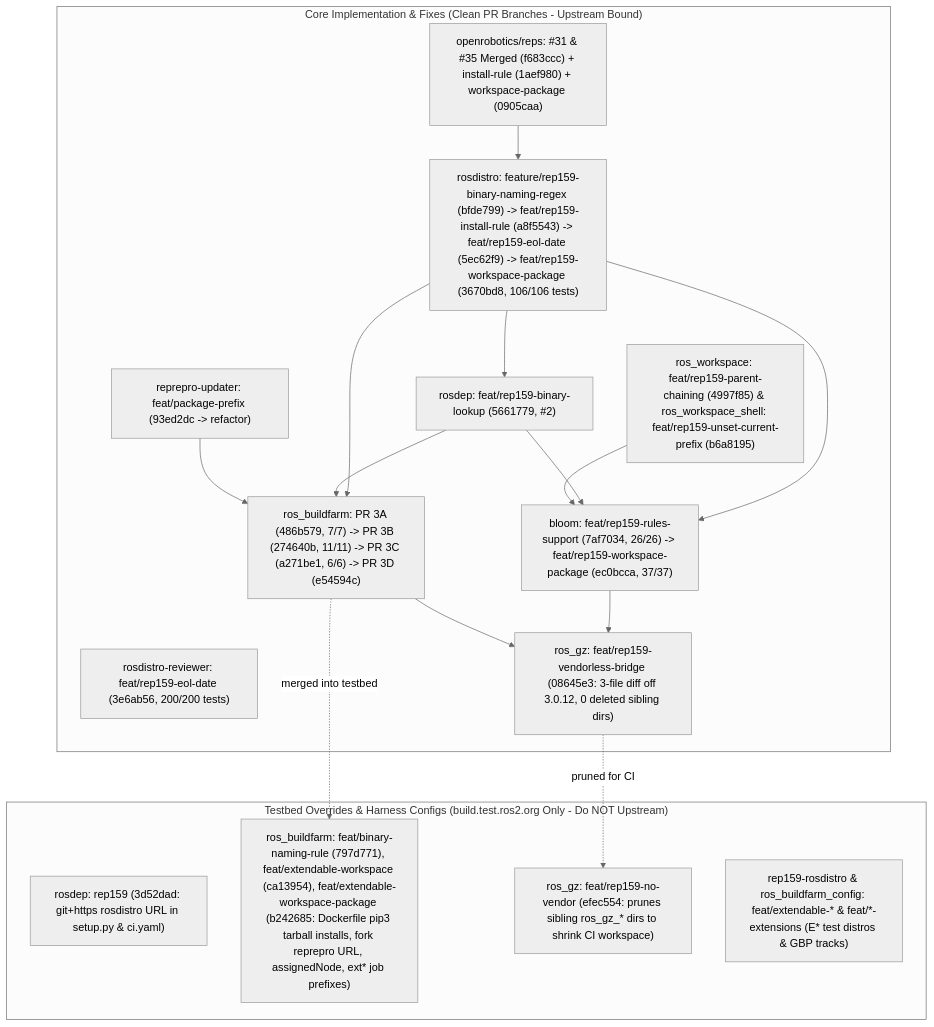
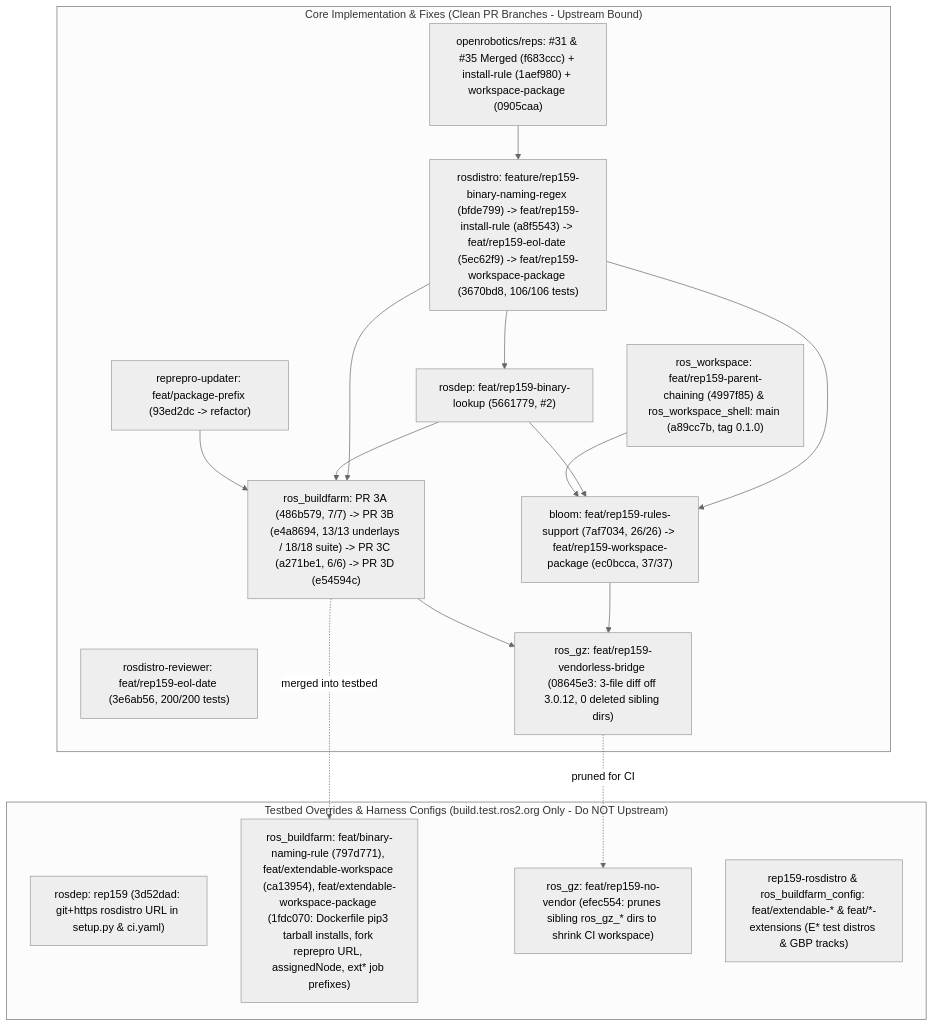
The second of 8 diagrams in TOPOLOGICAL_TESTING_EVIDENCE_GIST.md (KmoM88/rep159-testing), drawn with Mermaid (neutral theme) before and after one commit. The commit also changed other lines of this file and 15 other files, not shown here.

Commit message:
Document review resolutions, switch ros_workspace_shell to main, and checkout Stage 6

````diff
--- a/TOPOLOGICAL_TESTING_EVIDENCE_GIST.md
+++ b/TOPOLOGICAL_TESTING_EVIDENCE_GIST.md
@@ -43,34 +43,34 @@
 ```mermaid
 flowchart TD
     subgraph CorePR ["Core Implementation & Fixes (Clean PR Branches - Upstream Bound)"]
         REPS["openrobotics/reps: #31 & #35 Merged (f683ccc) + install-rule (1aef980) + workspace-package (0905caa)"]
         RD["rosdistro: feature/rep159-binary-naming-regex (bfde799) -> feat/rep159-install-rule (a8f5543) -> feat/rep159-eol-date (5ec62f9) -> feat/rep159-workspace-package (3670bd8, 106/106 tests)"]
         REV["rosdistro-reviewer: feat/rep159-eol-date (3e6ab56, 200/200 tests)"]
         RDEP["rosdep: feat/rep159-binary-lookup (5661779, #2)"]
         REP["reprepro-updater: feat/package-prefix (93ed2dc -> refactor)"]
-        WS["ros_workspace: feat/rep159-parent-chaining (4997f85) & ros_workspace_shell: feat/rep159-unset-current-prefix (b6a8195)"]
+        WS["ros_workspace: feat/rep159-parent-chaining (4997f85) & ros_workspace_shell: main (a89cc7b, tag 0.1.0)"]
         BL["bloom: feat/rep159-rules-support (7af7034, 26/26) -> feat/rep159-workspace-package (ec0bcca, 37/37)"]
-        BF["ros_buildfarm: PR 3A (486b579, 7/7) -> PR 3B (274640b, 11/11) -> PR 3C (a271be1, 6/6) -> PR 3D (e54594c)"]
+        BF["ros_buildfarm: PR 3A (486b579, 7/7) -> PR 3B (e4a8694, 13/13 underlays / 18/18 suite) -> PR 3C (a271be1, 6/6) -> PR 3D (e54594c)"]
         RGZ["ros_gz: feat/rep159-vendorless-bridge (08645e3: 3-file diff off 3.0.12, 0 deleted sibling dirs)"]
     end
 
     subgraph TestbedHacks ["Testbed Overrides & Harness Configs (build.test.ros2.org Only - Do NOT Upstream)"]
         TB_RDEP["rosdep: rep159 (3d52dad: git+https rosdistro URL in setup.py & ci.yaml)"]
-        TB_BF["ros_buildfarm: feat/binary-naming-rule (797d771), feat/extendable-workspace (ca13954), feat/extendable-workspace-package (b242685: Dockerfile pip3 tarball installs, fork reprepro URL, assignedNode, ext* job prefixes)"]
+        TB_BF["ros_buildfarm: feat/binary-naming-rule (797d771), feat/extendable-workspace (ca13954), feat/extendable-workspace-package (1fdc070: Dockerfile pip3 tarball installs, fork reprepro URL, assignedNode, ext* job prefixes)"]
         TB_RGZ["ros_gz: feat/rep159-no-vendor (efec554: prunes sibling ros_gz_* dirs to shrink CI workspace)"]
         TB_DIST["rep159-rosdistro & ros_buildfarm_config: feat/extendable-* & feat/*-extensions (E* test distros & GBP tracks)"]
     end
 
     REPS --> RD
     RD --> RDEP
     RD --> BL
     RDEP --> BL
     WS --> BL
     RD --> BF
     RDEP --> BF
     REP --> BF
     BL --> RGZ
     BF --> RGZ
     BF -. "merged into testbed" .-> TB_BF
     RGZ -. "pruned for CI" .-> TB_RGZ
 ```
````
